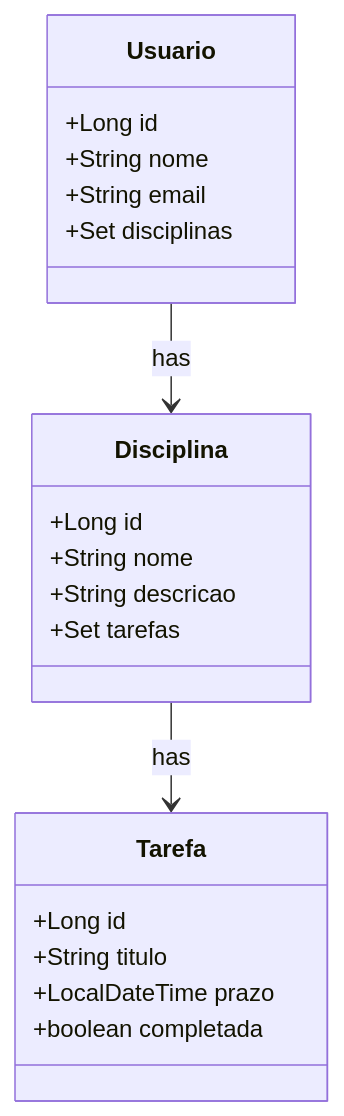
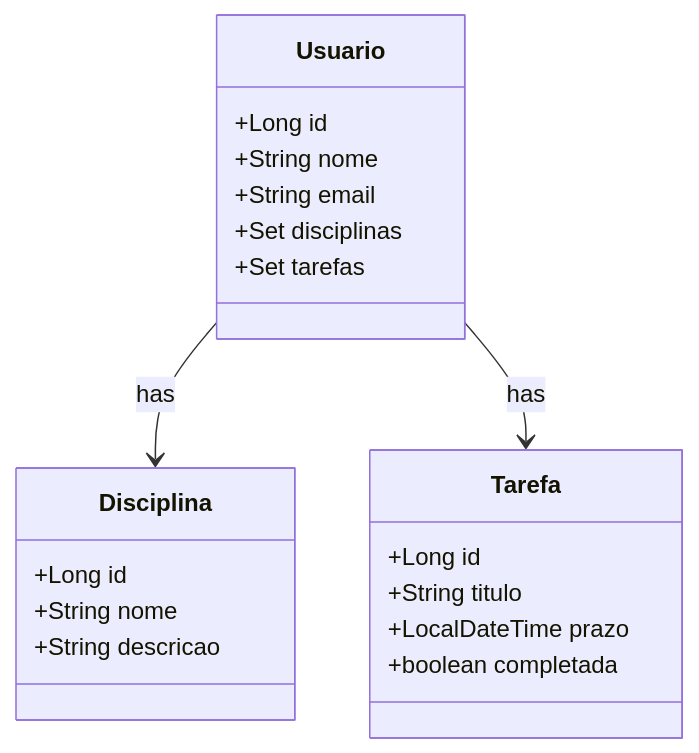
The diagram in README.md (Luis-coelho30/restudy-api), drawn with Mermaid before and after one commit.

Commit message:
Atualização do diagrama de classes do README.md

````diff
--- a/README.md
+++ b/README.md
@@ -6,26 +6,26 @@
 ```mermaid
 classDiagram
     class Usuario {
         +Long id
         +String nome
         +String email
         +Set<Disciplina> disciplinas
+        +Set<Tarefa> tarefas
     }
 
     class Disciplina {
         +Long id
         +String nome
         +String descricao
-        +Set<Tarefa> tarefas
     }
 
     class Tarefa {
         +Long id
         +String titulo
         +LocalDateTime prazo
         +boolean completada
     }
 
     Usuario --> Disciplina : has
-    Disciplina --> Tarefa : has
+    Usuario --> Tarefa : has
 ```
````
